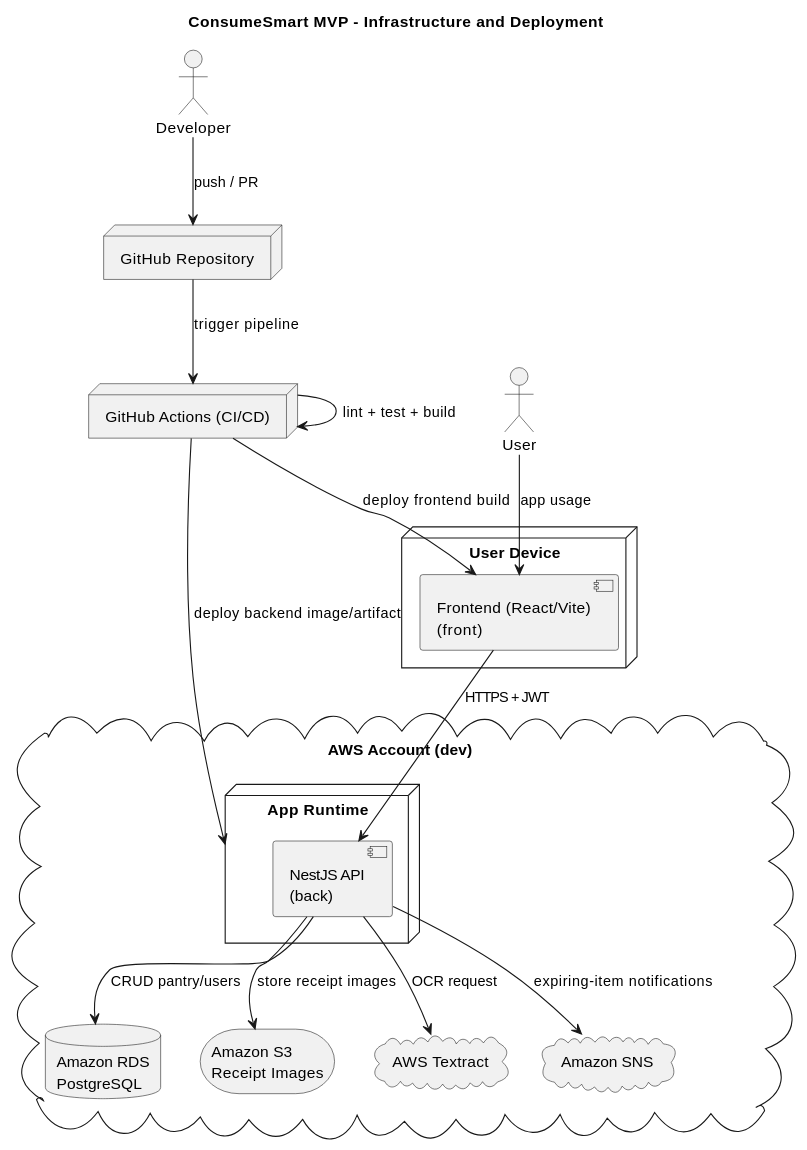
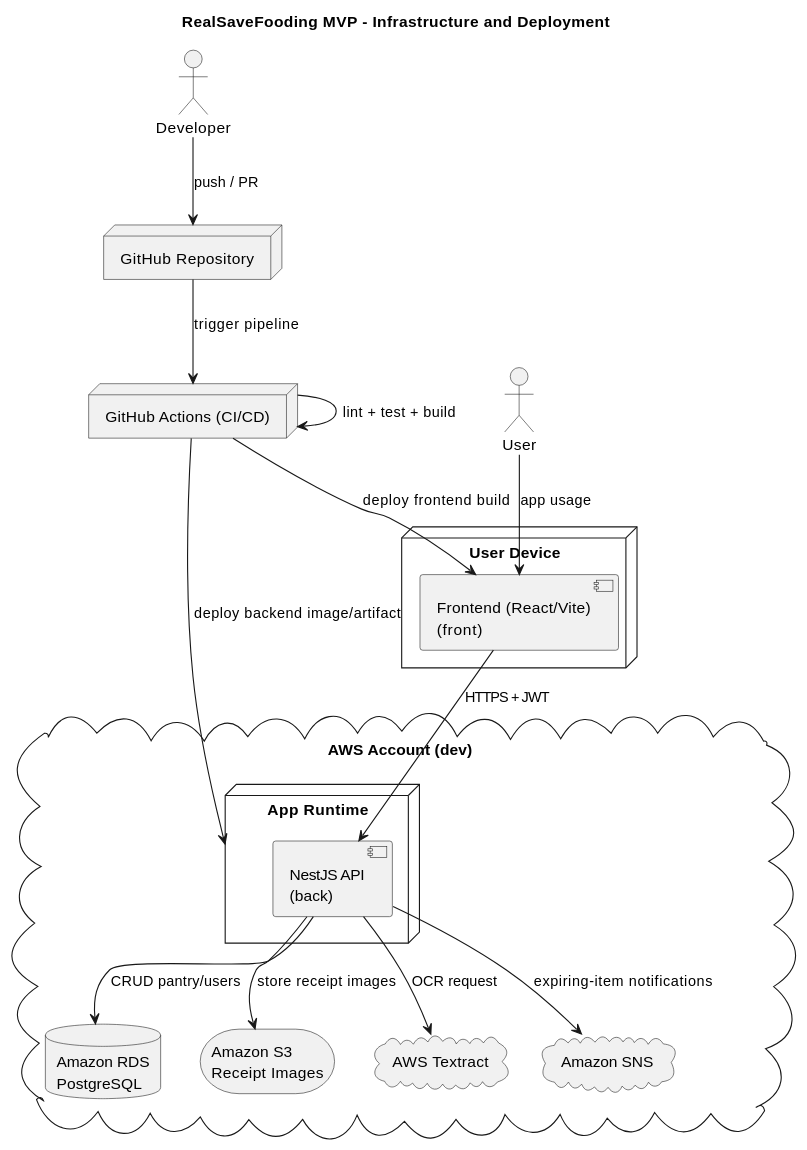
One commit to LIDR-academy/AI4Devs-finalproject changed the sixth of 6 diagrams in docs/architecture/architecture.md. Above: the diagram before and after it, drawn with PlantUML. The commit also changed other lines of this file and 12 other files, not shown here.

Commit message:
Refactor project wrong references from ConsumeSmart to RealSaveFooding across documentation and configuration files

````diff
--- a/docs/architecture/architecture.md
+++ b/docs/architecture/architecture.md
@@ -401,40 +401,40 @@
 ```plantuml
 @startuml
-title ConsumeSmart MVP - Infrastructure and Deployment
+title RealSaveFooding MVP - Infrastructure and Deployment
 
 actor Developer
 actor User
 
 node "GitHub Repository" as GH
 node "GitHub Actions (CI/CD)" as CI
 
 cloud "AWS Account (dev)" {
   node "App Runtime" as RUNTIME {
      component "NestJS API\n(back)" as API
   }
 
   database "Amazon RDS\nPostgreSQL" as RDS
   storage "Amazon S3\nReceipt Images" as S3
   cloud "AWS Textract" as TEXTRACT
   cloud "Amazon SNS" as SNS
 }
 
 node "User Device" as DEVICE {
   component "Frontend (React/Vite)\n(front)" as FRONT
 }
 
 Developer --> GH : push / PR
 GH --> CI : trigger pipeline
 CI --> CI : lint + test + build
 CI --> RUNTIME : deploy backend image/artifact
 CI --> FRONT : deploy frontend build
 
 User --> FRONT : app usage
 FRONT --> API : HTTPS + JWT
 API --> RDS : CRUD pantry/users
 API --> S3 : store receipt images
 API --> TEXTRACT : OCR request
 API --> SNS : expiring-item notifications
 
 @enduml
 ```
````
